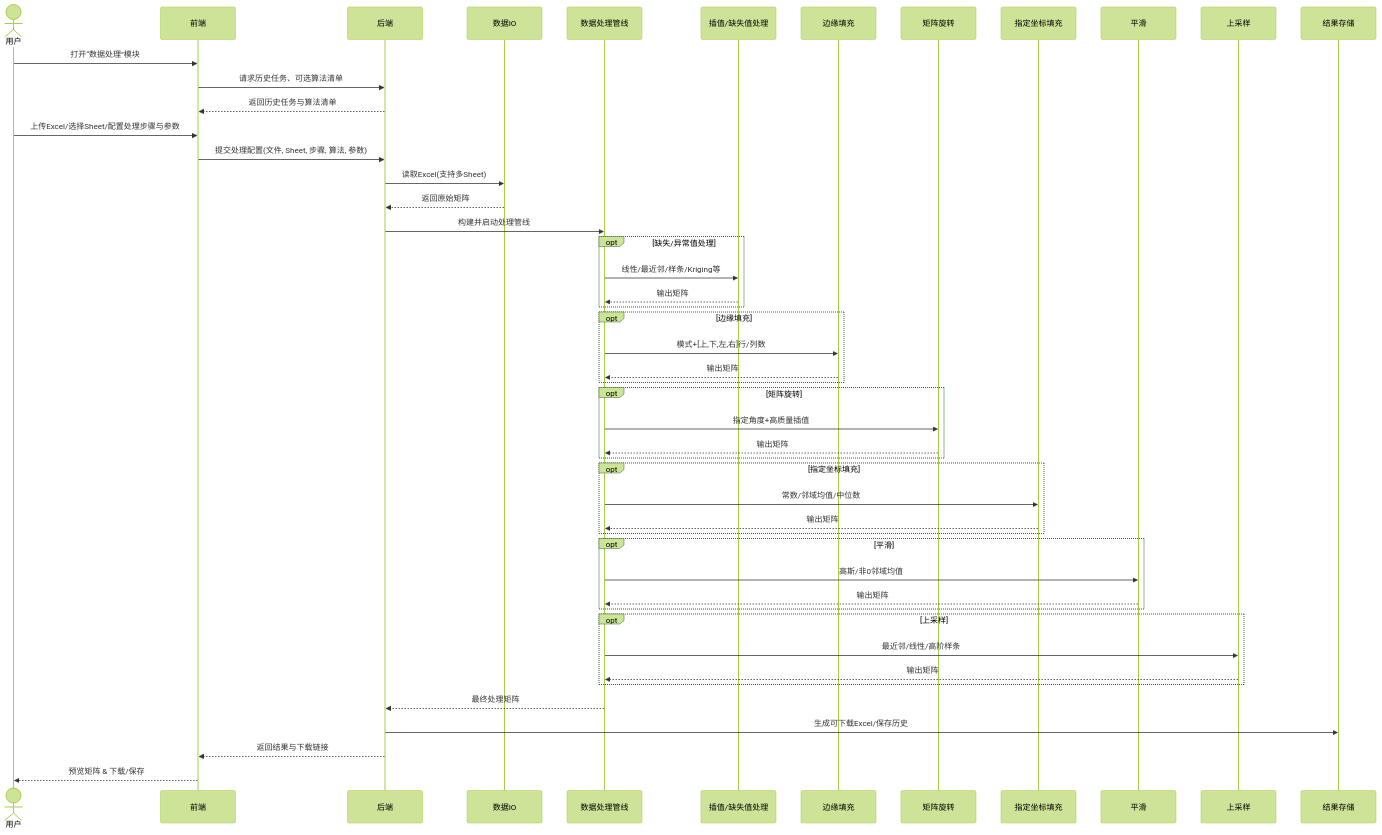
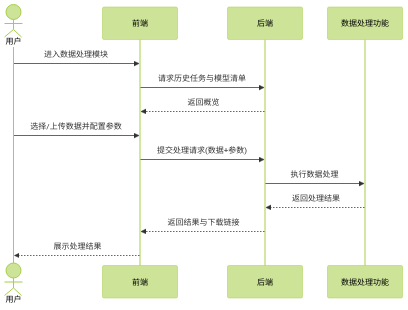
Before and after one commit to zgdd12345/my-notebook: the second of 2 diagrams in Project/ML data analysis fhy/时序图.md, drawn with Mermaid (forest theme). The commit also changed 1 other file, not shown here.

Commit message:
vault backup: 2025-09-01 12:03:12

````diff
--- a/Project/ML data analysis fhy/时序图.md
+++ b/Project/ML data analysis fhy/时序图.md
@@ -34,61 +34,19 @@
 ``` mermaid
 sequenceDiagram
     actor 用户
     participant 前端
     participant 后端
-    participant IO as 数据IO
-    participant Proc as 数据处理管线
-    participant M1 as 插值/缺失值处理
-    participant M2 as 边缘填充
-    participant M3 as 矩阵旋转
-    participant M4 as 指定坐标填充
-    participant M5 as 平滑
-    participant M6 as 上采样
-    participant Store as 结果存储
+    participant 处理 as 数据处理功能
 
-    用户 ->> 前端: 打开“数据处理”模块
-    前端 ->> 后端: 请求历史任务、可选算法清单
-    后端 -->> 前端: 返回历史任务与算法清单
-    用户 ->> 前端: 上传Excel/选择Sheet/配置处理步骤与参数
-    前端 ->> 后端: 提交处理配置(文件, Sheet, 步骤, 算法, 参数)
+    用户 ->> 前端: 进入数据处理模块
+    前端 ->> 后端: 请求历史任务与模型清单
+    后端 -->> 前端: 返回概览
+    用户 ->> 前端: 选择/上传数据并配置参数
+    前端 ->> 后端: 提交处理请求(数据+参数)
+    后端 ->> 处理: 执行数据处理
+    处理 -->> 后端: 返回处理结果
+    后端 -->> 前端: 返回结果与下载链接
+    前端 -->> 用户: 展示处理结果
 
-    后端 ->> IO: 读取Excel(支持多Sheet)
-    IO -->> 后端: 返回原始矩阵
-    后端 ->> Proc: 构建并启动处理管线
-
-    opt 缺失/异常值处理
-        Proc ->> M1: 线性/最近邻/样条/Kriging等
-        M1 -->> Proc: 输出矩阵
-    end
-
-    opt 边缘填充
-        Proc ->> M2: 模式+[上,下,左,右]行/列数
-        M2 -->> Proc: 输出矩阵
-    end
-
-    opt 矩阵旋转
-        Proc ->> M3: 指定角度+高质量插值
-        M3 -->> Proc: 输出矩阵
-    end
-
-    opt 指定坐标填充
-        Proc ->> M4: 常数/邻域均值/中位数
-        M4 -->> Proc: 输出矩阵
-    end
-
-    opt 平滑
-        Proc ->> M5: 高斯/非0邻域均值
-        M5 -->> Proc: 输出矩阵
-    end
-
-    opt 上采样
-        Proc ->> M6: 最近邻/线性/高阶样条
-        M6 -->> Proc: 输出矩阵
-    end
-
-    Proc -->> 后端: 最终处理矩阵
-    后端 ->> Store: 生成可下载Excel/保存历史
-    后端 -->> 前端: 返回结果与下载链接
-    前端 -->> 用户: 预览矩阵 & 下载/保存
 
 ```
````
